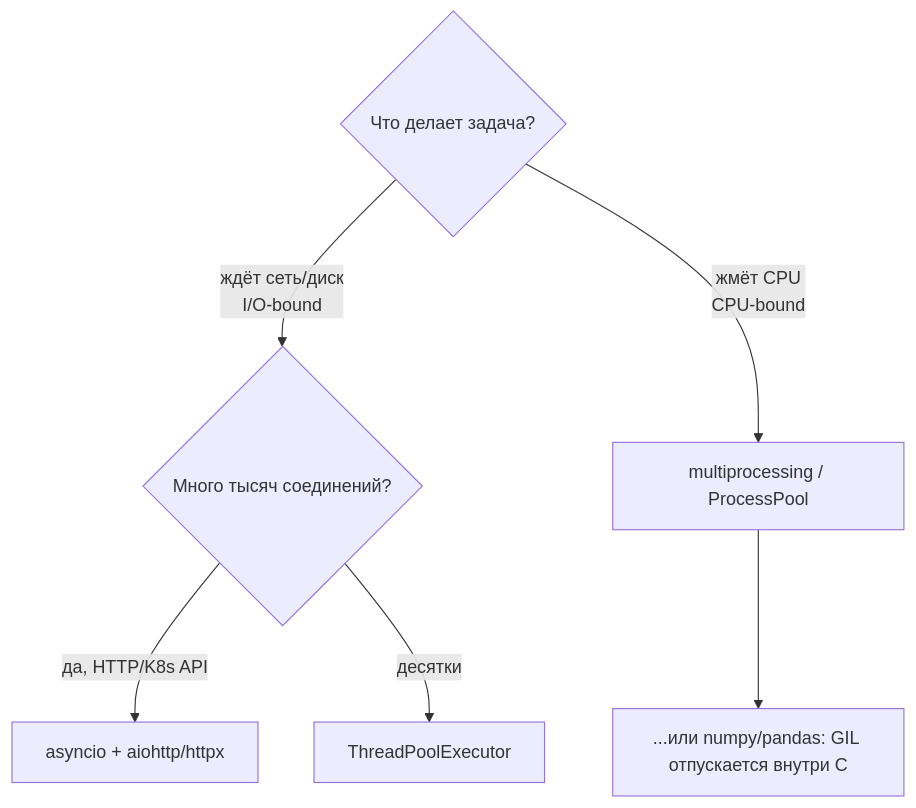
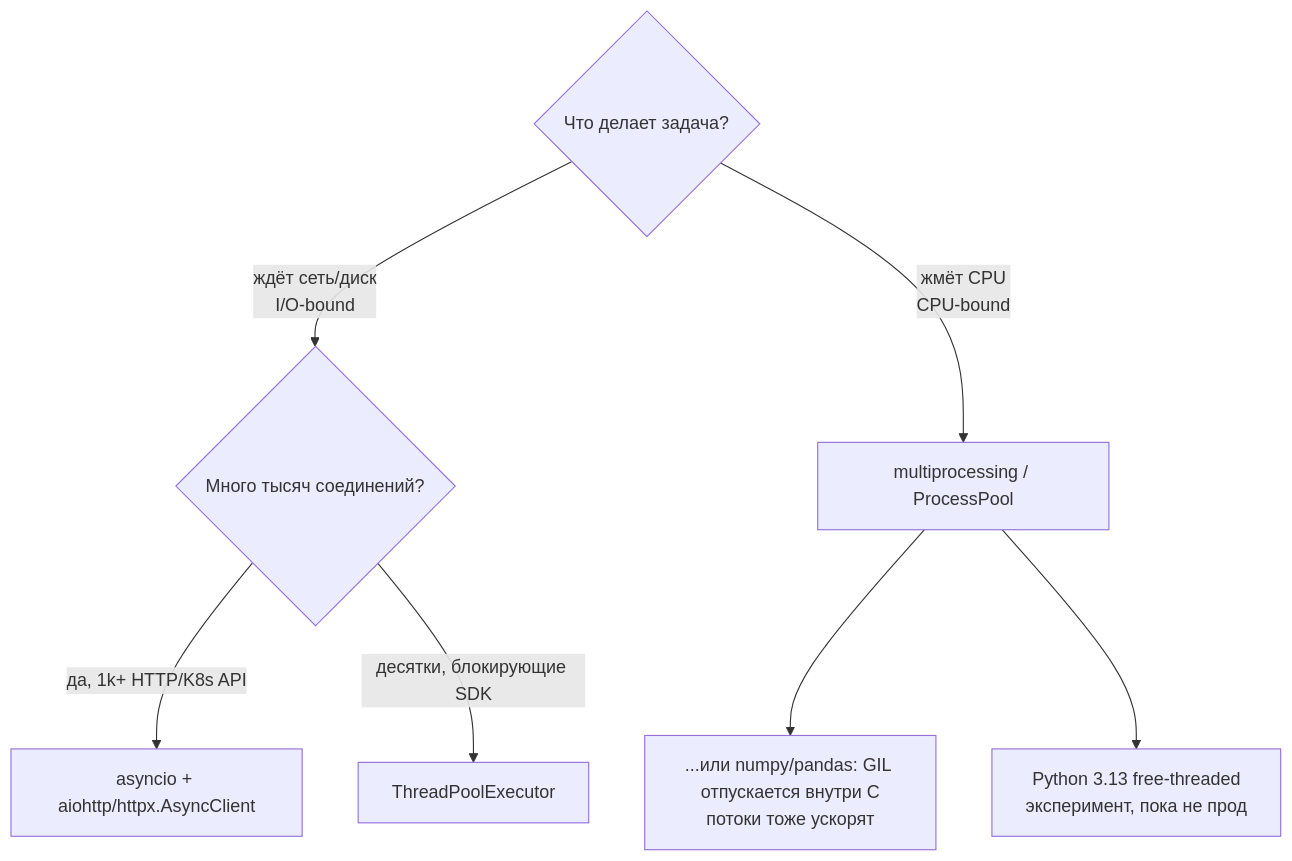
One commit to alisaalisaalisaalisas/doka changed the first of 3 diagrams in docs/08-programming-python-go/04-python-asyncio-concurrency.md. Above: the diagram before and after it, drawn with Mermaid. The commit also changed other lines of this file and 362 other files, not shown here.

````diff
--- a/docs/08-programming-python-go/04-python-asyncio-concurrency.md
+++ b/docs/08-programming-python-go/04-python-asyncio-concurrency.md
@@ -5,8 +7,9 @@
 ```mermaid
 flowchart TD
     Q{"Что делает задача?"} -->|"ждёт сеть/диск<br/>I/O-bound"| IO{"Много тысяч соединений?"}
     Q -->|"жмёт CPU<br/>CPU-bound"| CPU["multiprocessing / ProcessPool"]
-    IO -->|"да, HTTP/K8s API"| ASYNC["asyncio + aiohttp/httpx"]
-    IO -->|"десятки"| THR["ThreadPoolExecutor"]
-    CPU --> NUMPY["...или numpy/pandas: GIL отпускается внутри C"]
+    IO -->|"да, 1k+ HTTP/K8s API"| ASYNC["asyncio + aiohttp/httpx.AsyncClient"]
+    IO -->|"десятки, блокирующие SDK"| THR["ThreadPoolExecutor"]
+    CPU --> NUMPY["...или numpy/pandas: GIL отпускается внутри C<br/>потоки тоже ускорят"]
+    CPU --> FREETHREAD["Python 3.13 free-threaded<br/>эксперимент, пока не прод"]
 ```
````
